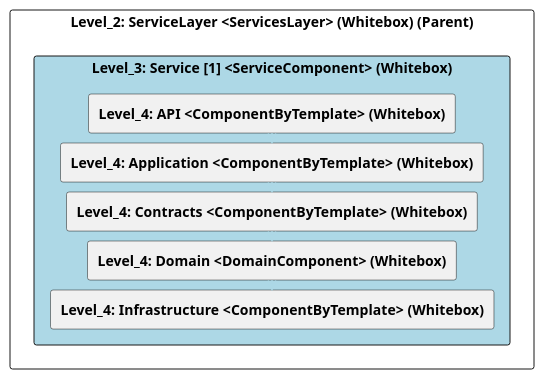
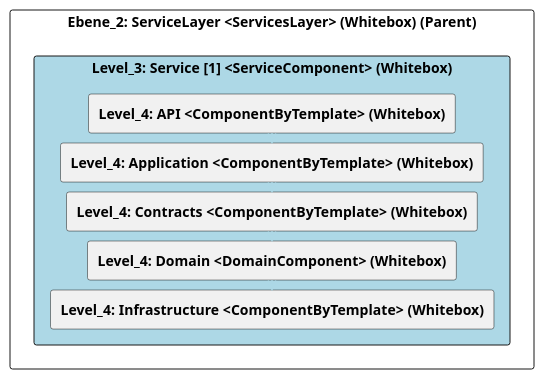
The diagram in src/cleon.architecturemethods.arc42.sample/doc/cleon_architecturemethods_arc42_sample_software_microservice/adoc/en/05_building_block_view/microservicesample/servicelayer/service_1/level_3_service_[1].adoc (marcozwyssig/cleon), drawn with PlantUML before and after one commit. The commit also changed other lines of this file and 620 other files, not shown here.

```diff
--- a/src/cleon.architecturemethods.arc42.sample/doc/cleon_architecturemethods_arc42_sample_software_microservice/adoc/en/05_building_block_view/microservicesample/servicelayer/service_1/level_3_service_[1].adoc
+++ b/src/cleon.architecturemethods.arc42.sample/doc/cleon_architecturemethods_arc42_sample_software_microservice/adoc/en/05_building_block_view/microservicesample/servicelayer/service_1/level_3_service_[1].adoc
@@ -20,34 +20,34 @@
 [plantuml, Level_3: Service [1] <ServiceComponent> (Whitebox)BlockOverview, format="svg"]
 ----
 @startuml Level_3: Service [1] <ServiceComponent> (Whitebox)BuildingBlockOverview
 
 skinparam ranksep 10
 skinparam componentStyle rectangle
 skinparam shadowing false
 skinparam arrowColor lightblue
 skinparam arrowThickness 1.2
 skinparam rectangle {
   BackgroundColor White
   BorderColor #333
   RoundCorner 10
 }
 top to bottom direction
 
-component "Level_2: ServiceLayer <ServicesLayer> (Whitebox) (Parent)" {
+component "Ebene_2: ServiceLayer <ServicesLayer> (Whitebox) (Parent)" {
     component "Level_3: Service [1] <ServiceComponent> (Whitebox)" #lightblue {
         [**Level_4: API <ComponentByTemplate> (Whitebox)**] as 57F7F337_247F_11F1_8A5A_5DA401746046
         [**Level_4: Application <ComponentByTemplate> (Whitebox)**] as 316503AE_EBCA_11F0_94F3_55208A19CD68
         [**Level_4: Contracts <ComponentByTemplate> (Whitebox)**] as 316503AC_EBCA_11F0_94F3_55208A19CD68
         [**Level_4: Domain <DomainComponent> (Whitebox)**] as 316503AD_EBCA_11F0_94F3_55208A19CD68
         [**Level_4: Infrastructure <ComponentByTemplate> (Whitebox)**] as 316503AB_EBCA_11F0_94F3_55208A19CD68
     }
 
     57F7F337_247F_11F1_8A5A_5DA401746046 -down-> 316503AE_EBCA_11F0_94F3_55208A19CD68
     316503AE_EBCA_11F0_94F3_55208A19CD68 -down-> 316503AC_EBCA_11F0_94F3_55208A19CD68
     316503AC_EBCA_11F0_94F3_55208A19CD68 -down-> 316503AD_EBCA_11F0_94F3_55208A19CD68
     316503AD_EBCA_11F0_94F3_55208A19CD68 -down-> 316503AB_EBCA_11F0_94F3_55208A19CD68
     
 }
 
 @enduml
 ----
```
